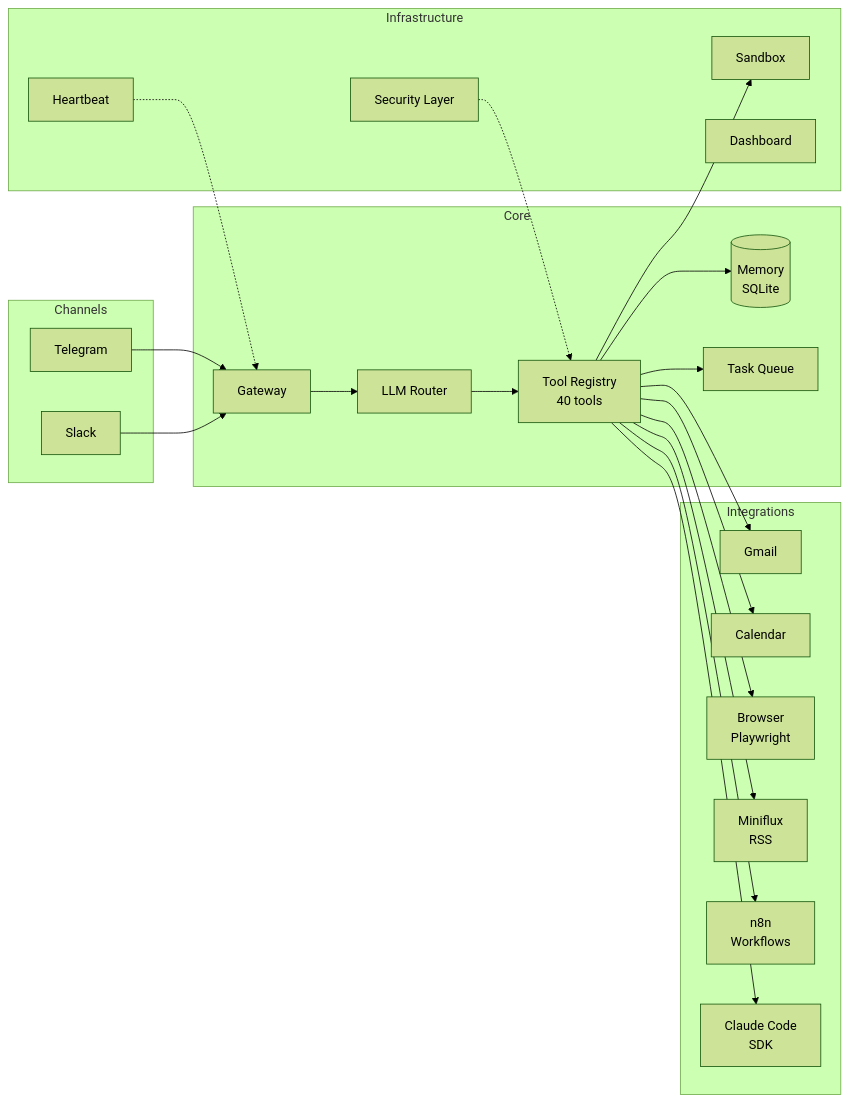
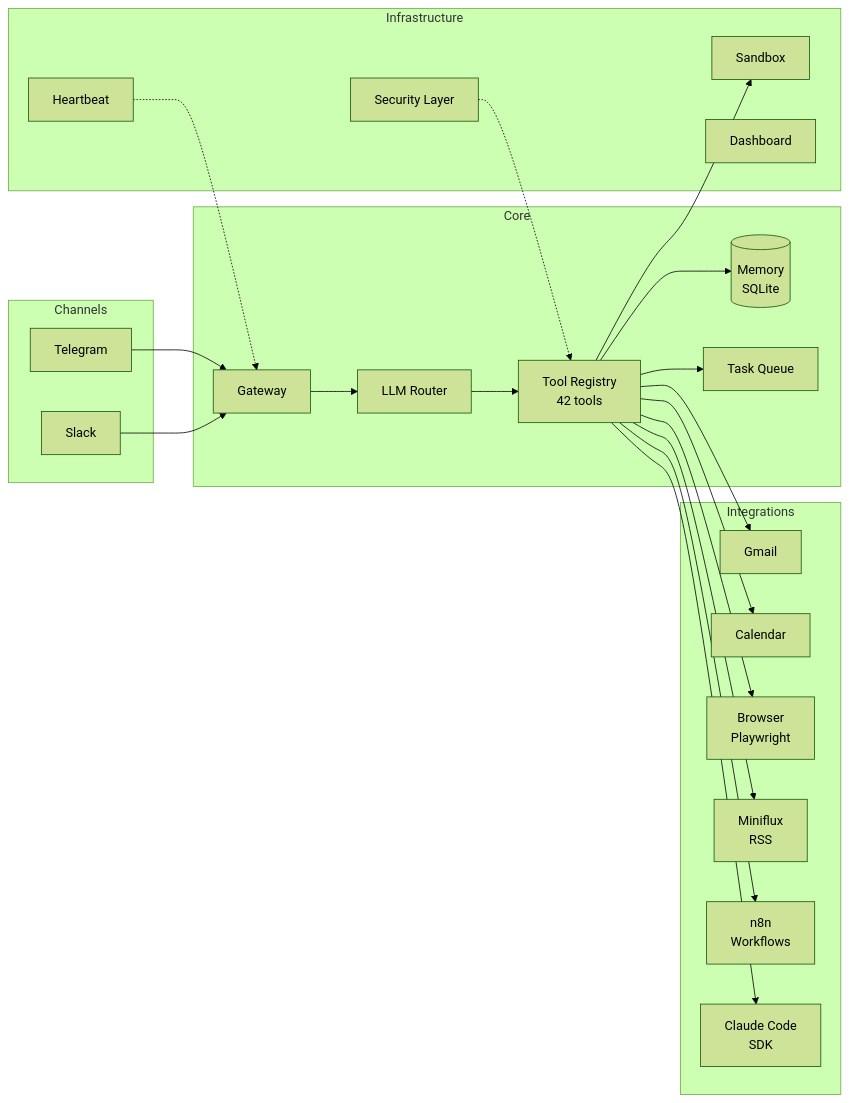
One commit to thatrebeccarae/aouda changed the diagram in README.md. Above: the diagram before and after it, drawn with Mermaid (forest theme). The commit also changed other lines of this file and 3 other files, not shown here.

````diff
--- a/README.md
+++ b/README.md
@@ -37,47 +37,47 @@
 ```mermaid
 graph LR
     subgraph Channels
         TG[Telegram]
         SL[Slack]
     end
 
     subgraph Core
         GW[Gateway]
         LLM[LLM Router]
-        TR[Tool Registry<br/>40 tools]
+        TR[Tool Registry<br/>42 tools]
         MEM[(Memory<br/>SQLite)]
         TQ[Task Queue]
     end
 
     subgraph Integrations
         GM[Gmail]
         CAL[Calendar]
         BR[Browser<br/>Playwright]
         RSS[Miniflux<br/>RSS]
         N8N[n8n<br/>Workflows]
         CC[Claude Code<br/>SDK]
     end
 
     subgraph Infrastructure
         SEC[Security Layer]
         SB[Sandbox]
         DB[Dashboard]
         HB[Heartbeat]
     end
 
     TG --> GW
     SL --> GW
     GW --> LLM
     LLM --> TR
     TR --> GM
     TR --> CAL
     TR --> BR
     TR --> RSS
     TR --> N8N
     TR --> CC
     TR --> MEM
     TR --> TQ
     TR --> SB
     SEC -.-> TR
     HB -.-> GW
 ```
````
